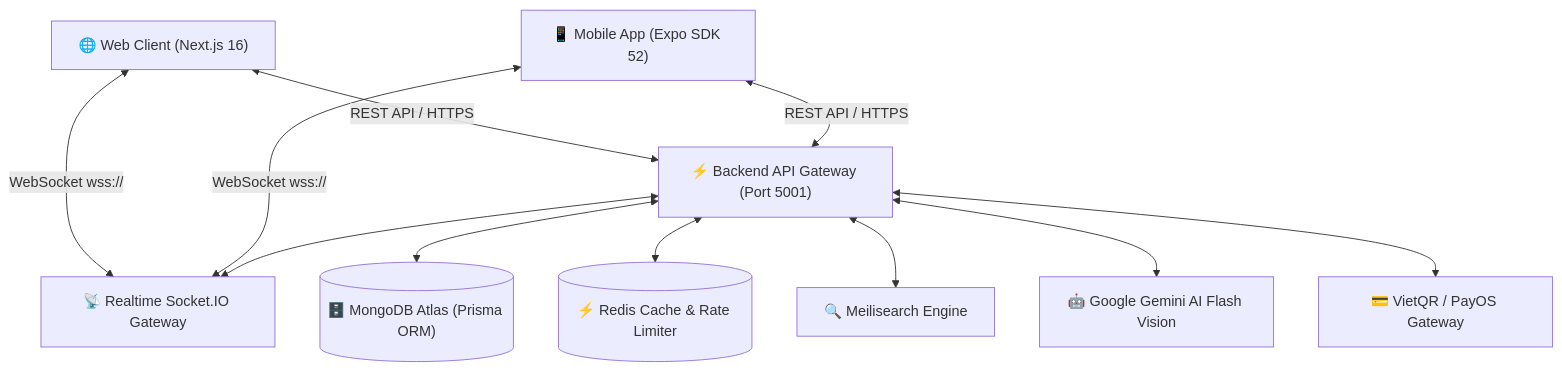
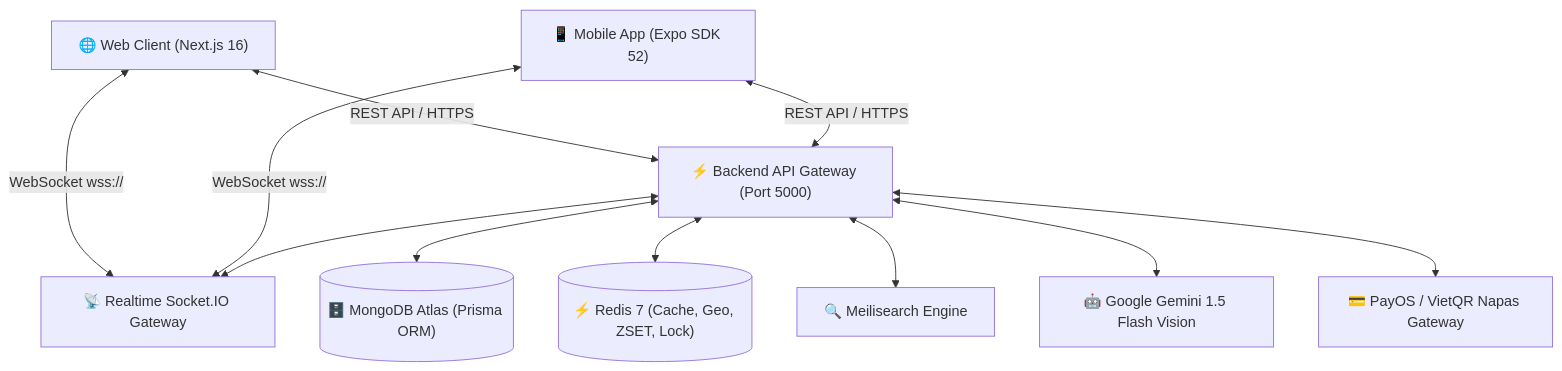
One commit to phongnha230/Market_FU changed the first of 13 diagrams in PROJECT_FLOWS.md. Above: the diagram before and after it, drawn with Mermaid. The commit also changed other lines of this file and 11 other files, not shown here.

````diff
--- a/PROJECT_FLOWS.md
+++ b/PROJECT_FLOWS.md
@@ -40,27 +40,27 @@
 ```mermaid
 graph TD
     ClientWeb["🌐 Web Client (Next.js 16)"]
     ClientMobile["📱 Mobile App (Expo SDK 52)"]
   
-    BackendGateway["⚡ Backend API Gateway (Port 5001)"]
+    BackendGateway["⚡ Backend API Gateway (Port 5000)"]
     SocketIO["📡 Realtime Socket.IO Gateway"]
   
     Database[("🗄️ MongoDB Atlas (Prisma ORM)")]
-    RedisCache[("⚡ Redis Cache & Rate Limiter")]
+    RedisCache[("⚡ Redis 7 (Cache, Geo, ZSET, Lock)")]
     MeiliEngine["🔍 Meilisearch Engine"]
-    GeminiAI["🤖 Google Gemini AI Flash Vision"]
-    Payment["💳 VietQR / PayOS Gateway"]
+    GeminiAI["🤖 Google Gemini 1.5 Flash Vision"]
+    Payment["💳 PayOS / VietQR Napas Gateway"]
   
     ClientWeb <-->|REST API / HTTPS| BackendGateway
     ClientMobile <-->|REST API / HTTPS| BackendGateway
   
     ClientWeb <-->|WebSocket wss://| SocketIO
     ClientMobile <-->|WebSocket wss://| SocketIO
   
     BackendGateway <--> SocketIO
     BackendGateway <--> Database
     BackendGateway <--> RedisCache
     BackendGateway <--> MeiliEngine
     BackendGateway <--> GeminiAI
     BackendGateway <--> Payment
 ```
````
